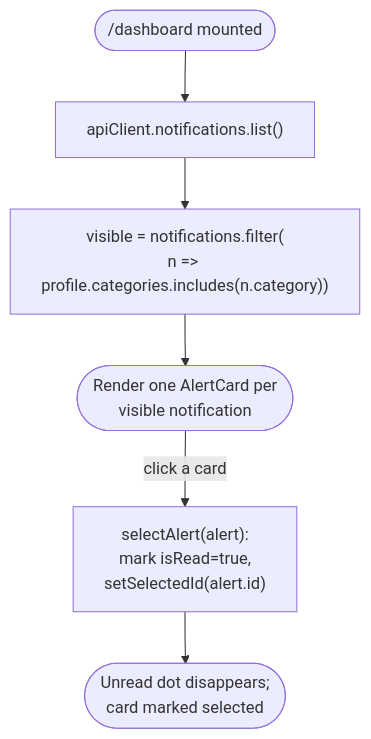
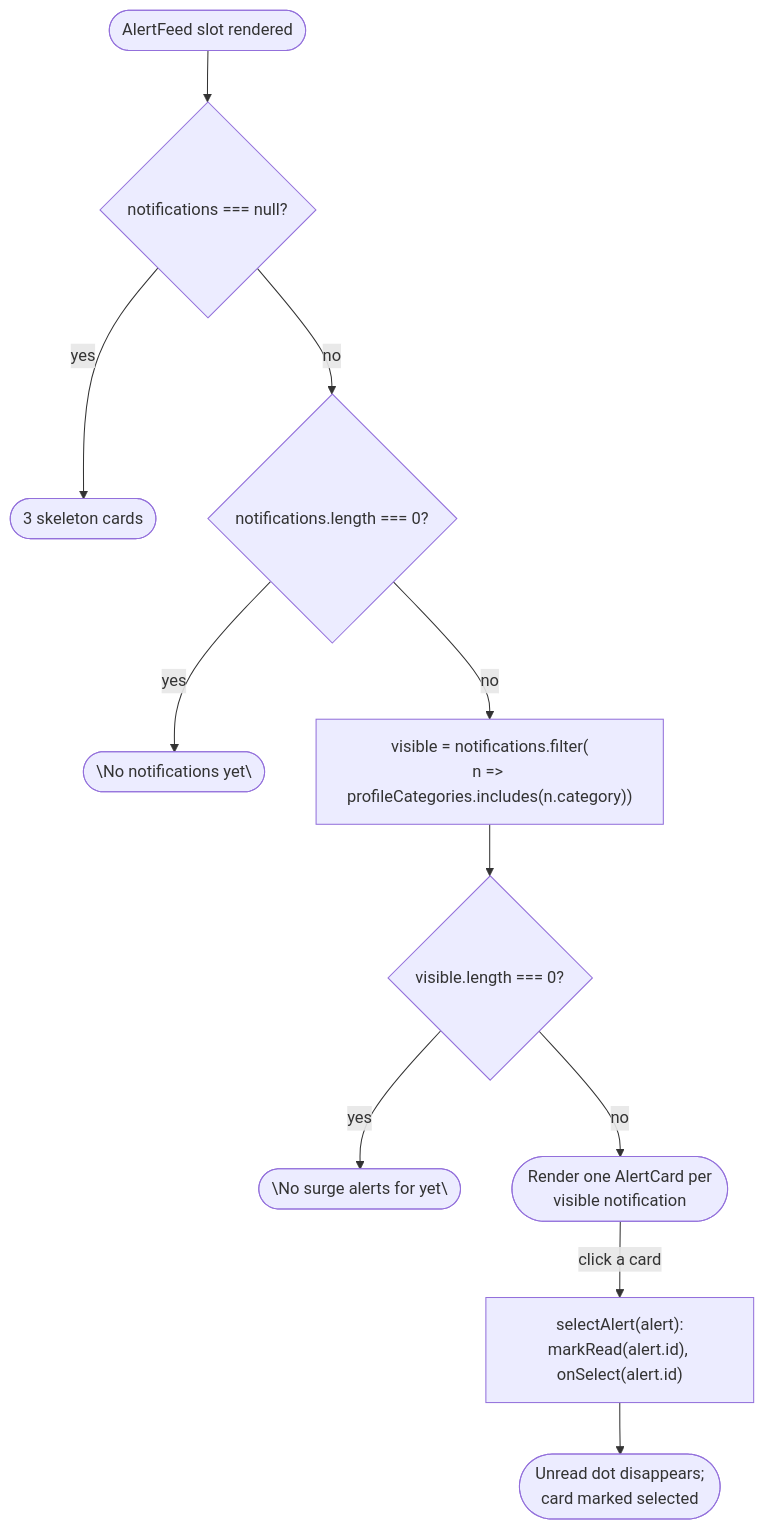
The diagram in docs/superpowers/plans/2026-08-10-ui-ux-overhaul-frontend/diagrams/cards/module-2/alert-feed-category-filtering.mmd (SherieHub/CeView), drawn with Mermaid before and after one commit. The commit also changed 21 other files, not shown here.

```diff
--- a/docs/superpowers/plans/2026-08-10-ui-ux-overhaul-frontend/diagrams/cards/module-2/alert-feed-category-filtering.mmd
+++ b/docs/superpowers/plans/2026-08-10-ui-ux-overhaul-frontend/diagrams/cards/module-2/alert-feed-category-filtering.mmd
@@ -1,6 +1,11 @@
 flowchart TD
-  Mount(["/dashboard mounted"]) --> Load["apiClient.notifications.list()"]
-  Load --> Filter["visible = notifications.filter(\nn => profile.categories.includes(n.category))"]
-  Filter --> Render(["Render one AlertCard per\nvisible notification"])
-  Render -->|click a card| Select["selectAlert(alert):\nmark isRead=true,\nsetSelectedId(alert.id)"]
+  Mount(["AlertFeed slot rendered"]) --> Check{"notifications === null?"}
+  Check -->|yes| Loading(["3 skeleton cards"])
+  Check -->|no| Empty{"notifications.length === 0?"}
+  Empty -->|yes| EmptyMsg(["\"No notifications yet\""])
+  Empty -->|no| Filter["visible = notifications.filter(\nn => profileCategories.includes(n.category))"]
+  Filter --> ZeroMatch{"visible.length === 0?"}
+  ZeroMatch -->|yes| ZeroMsg(["\"No surge alerts for <categories> yet\""])
+  ZeroMatch -->|no| Render(["Render one AlertCard per\nvisible notification"])
+  Render -->|click a card| Select["selectAlert(alert):\nmarkRead(alert.id), onSelect(alert.id)"]
   Select --> Rerender(["Unread dot disappears;\ncard marked selected"])
```
